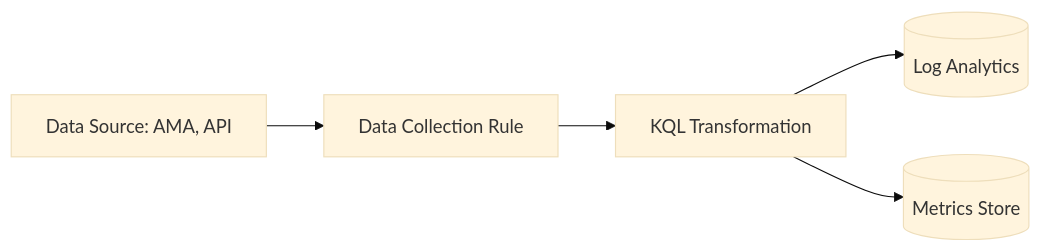
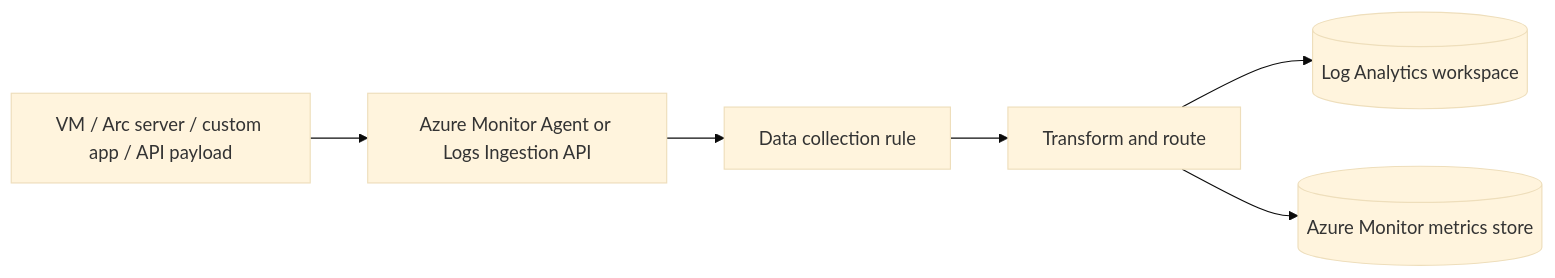
One commit to yeongseon/azure-monitoring-practical-guide changed the first of 2 diagrams in docs/platform/data-collection-rules.md. Above: the diagram before and after it, drawn with Mermaid (base theme). The commit also changed other lines of this file and 50 other files, not shown here.

````diff
--- a/docs/platform/data-collection-rules.md
+++ b/docs/platform/data-collection-rules.md
@@ -21,7 +7,8 @@
 ```mermaid
-graph LR
-    Source[Data Source: AMA, API] --> DCR[Data Collection Rule]
-    DCR --> Transform[KQL Transformation]
-    Transform --> Dest1[(Log Analytics)]
-    Transform --> Dest2[(Metrics Store)]
+flowchart LR
+    SRC[VM / Arc server / custom app / API payload] --> AMA[Azure Monitor Agent or Logs Ingestion API]
+    AMA --> DCR[Data collection rule]
+    DCR --> XFORM[Transform and route]
+    XFORM --> LAW[(Log Analytics workspace)]
+    XFORM --> MET[(Azure Monitor metrics store)]
 ```
````
